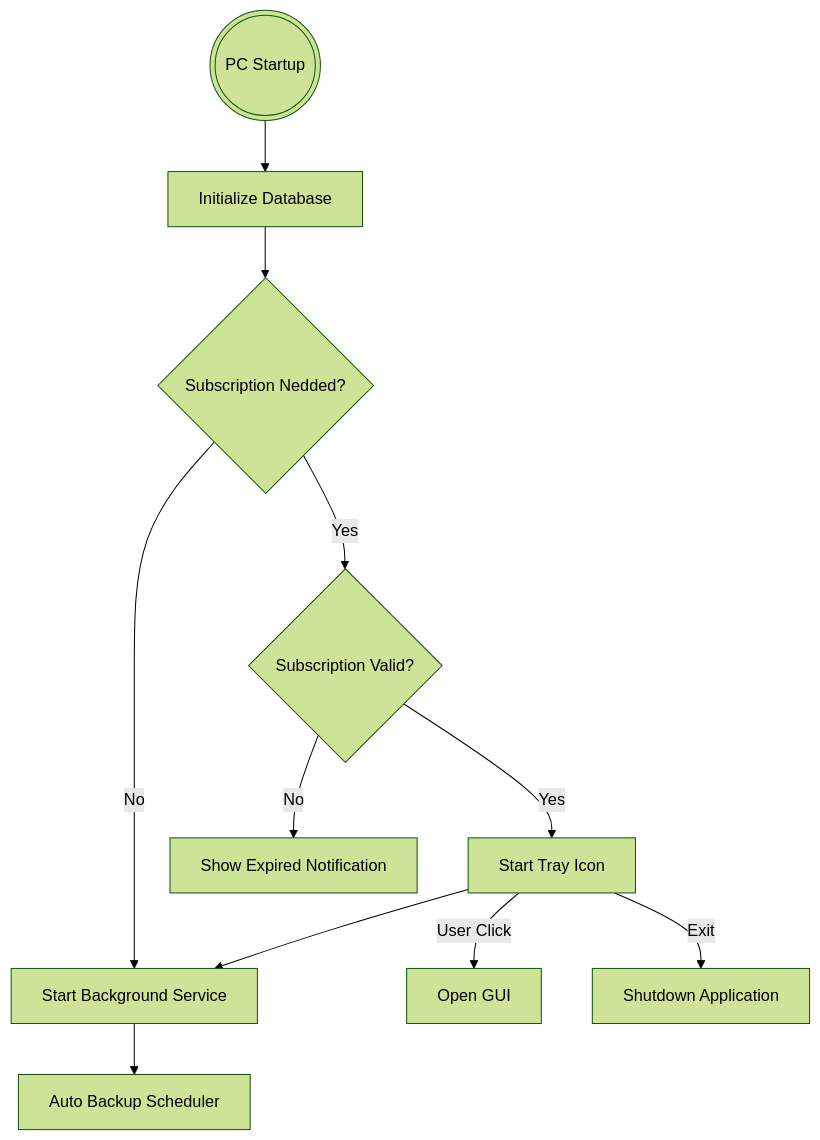
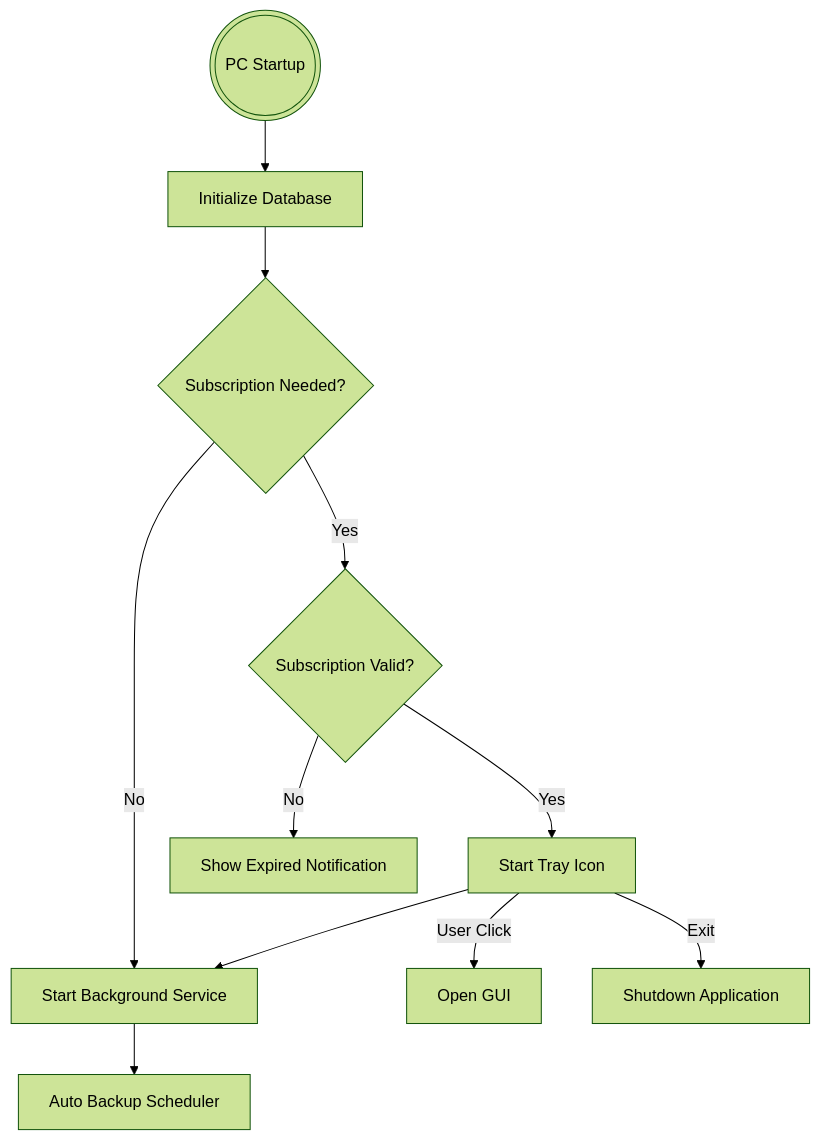
Before and after one commit to DennisTurco/BackupManager: the diagram in code_documentation.md, drawn with Mermaid (forest theme). The commit also changed other lines of this file and 22 other files, not shown here.

````diff
--- a/code_documentation.md
+++ b/code_documentation.md
@@ -5,17 +5,17 @@
 ```mermaid
 graph TD
   A(((PC Startup))) --> B[Initialize Database]
-  B --> J{Subscription Nedded?}
+  B --> J{Subscription Needed?}
 
   J -->|Yes| C{Subscription Valid?}
   J -->|No| F[Start Background Service]
 
   C -->|Yes| D[Start Tray Icon]
   C -->|No| E[Show Expired Notification]
 
   D --> F[Start Background Service]
   F --> G[Auto Backup Scheduler]
 
   D -->|User Click| H[Open GUI]
   D -->|Exit| I[Shutdown Application]
 ```
````
